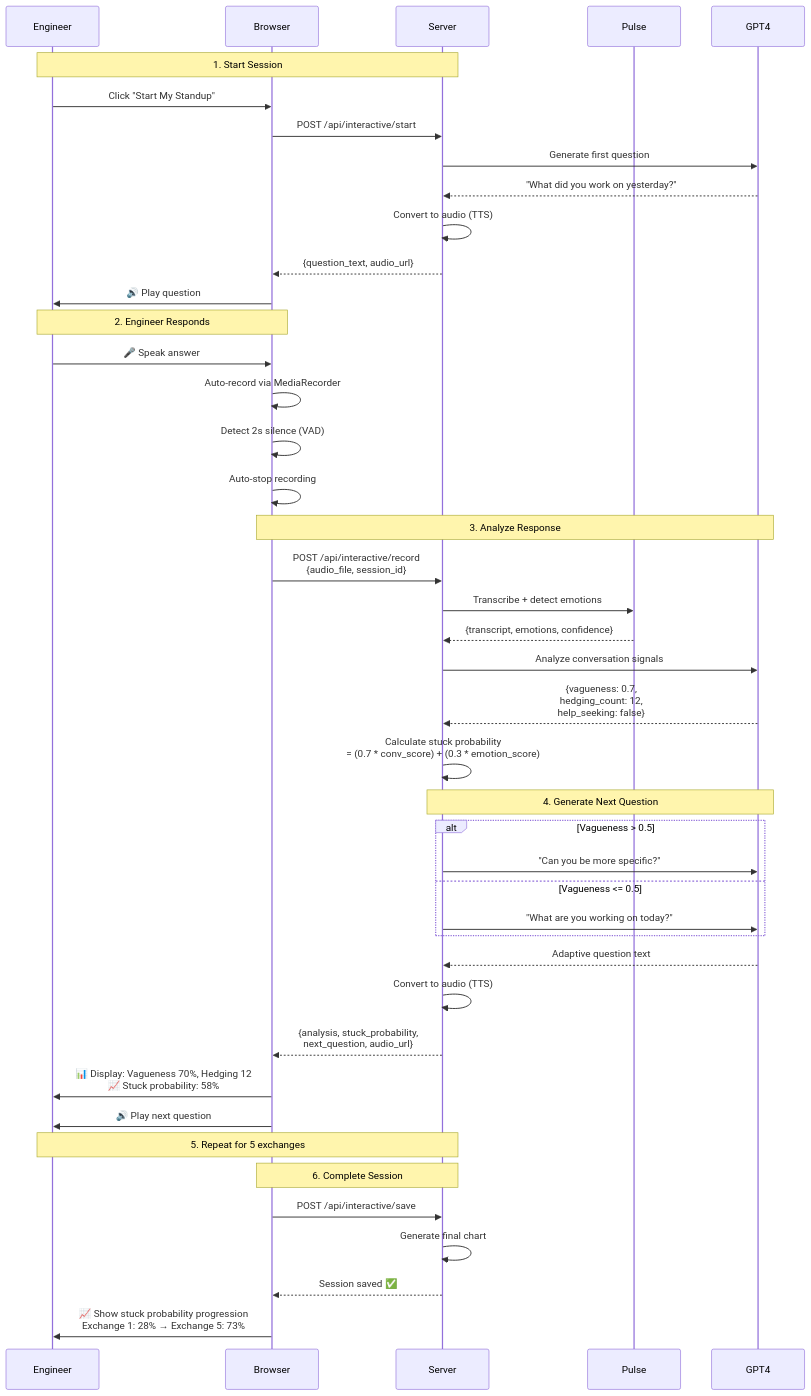
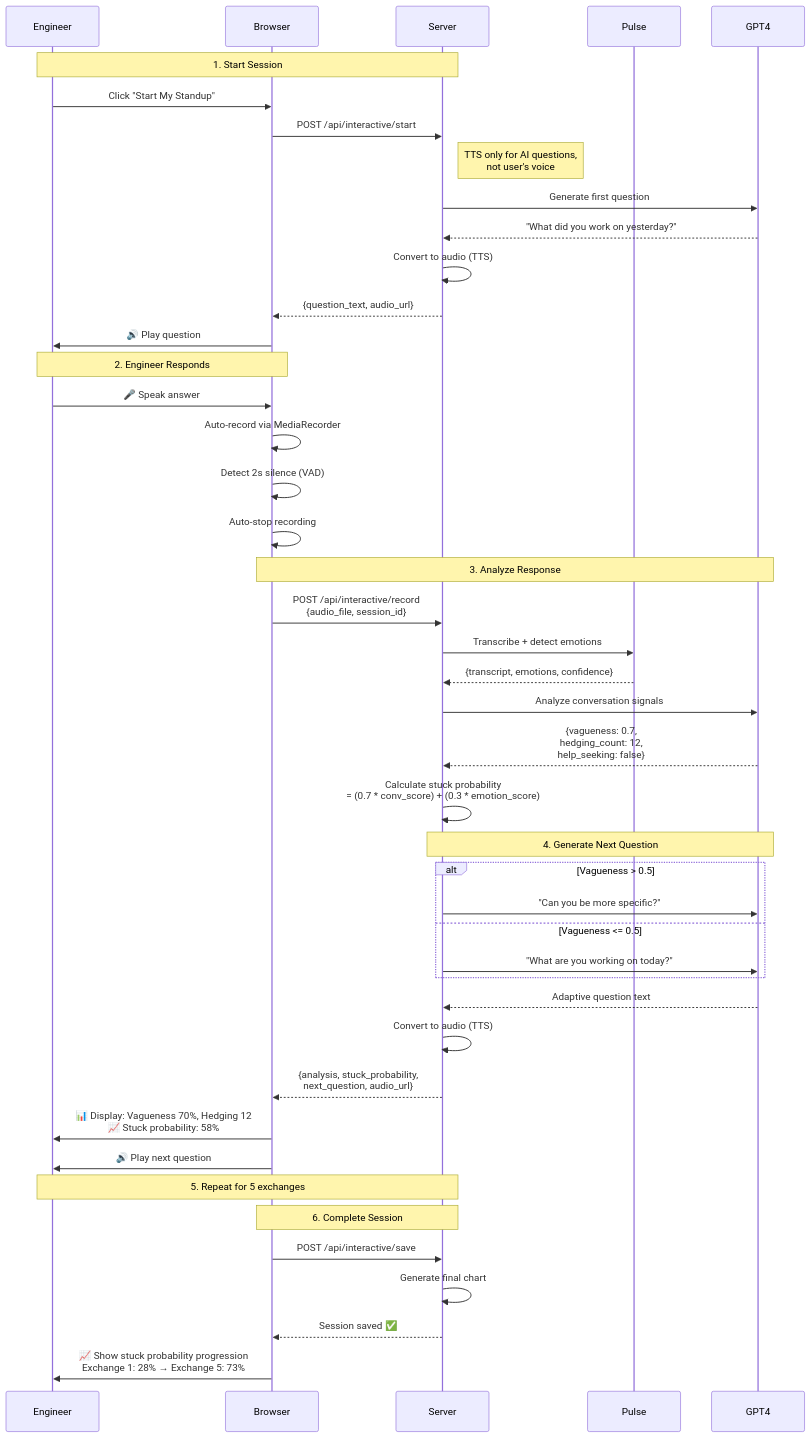
One commit to lightshadow1/standup_buddy changed the second of 2 diagrams in README.md. Above: the diagram before and after it, drawn with Mermaid. The commit also changed other lines of this file, not shown here.

First line of the commit message:
docs: simplify diagrams and clarify TTS usage

````diff
--- a/README.md
+++ b/README.md
@@ -44,54 +41,55 @@
 ```mermaid
 sequenceDiagram
     participant Engineer
     participant Browser
     participant Server
     participant Pulse
     participant GPT4
     
     Note over Engineer,Server: 1. Start Session
     Engineer->>Browser: Click "Start My Standup"
     Browser->>Server: POST /api/interactive/start
+    Note right of Server: TTS only for AI questions,<br/>not user's voice
     Server->>GPT4: Generate first question
     GPT4-->>Server: "What did you work on yesterday?"
     Server->>Server: Convert to audio (TTS)
     Server-->>Browser: {question_text, audio_url}
     Browser->>Engineer: 🔊 Play question
     
     Note over Engineer,Browser: 2. Engineer Responds
     Engineer->>Browser: 🎤 Speak answer
     Browser->>Browser: Auto-record via MediaRecorder
     Browser->>Browser: Detect 2s silence (VAD)
     Browser->>Browser: Auto-stop recording
     
     Note over Browser,GPT4: 3. Analyze Response
     Browser->>Server: POST /api/interactive/record<br/>{audio_file, session_id}
     Server->>Pulse: Transcribe + detect emotions
     Pulse-->>Server: {transcript, emotions, confidence}
     
     Server->>GPT4: Analyze conversation signals
     GPT4-->>Server: {vagueness: 0.7,<br/>hedging_count: 12,<br/>help_seeking: false}
     
     Server->>Server: Calculate stuck probability<br/>= (0.7 * conv_score) + (0.3 * emotion_score)
     
     Note over Server,GPT4: 4. Generate Next Question
     alt Vagueness > 0.5
         Server->>GPT4: "Can you be more specific?"
     else Vagueness <= 0.5
         Server->>GPT4: "What are you working on today?"
     end
     GPT4-->>Server: Adaptive question text
     Server->>Server: Convert to audio (TTS)
     
     Server-->>Browser: {analysis, stuck_probability,<br/>next_question, audio_url}
     Browser->>Engineer: 📊 Display: Vagueness 70%, Hedging 12<br/>📈 Stuck probability: 58%
     Browser->>Engineer: 🔊 Play next question
     
     Note over Engineer,Server: 5. Repeat for 5 exchanges
     
     Note over Browser,Server: 6. Complete Session
     Browser->>Server: POST /api/interactive/save
     Server->>Server: Generate final chart
     Server-->>Browser: Session saved ✅
     Browser->>Engineer: 📈 Show stuck probability progression<br/>Exchange 1: 28% → Exchange 5: 73%
 ```
````
